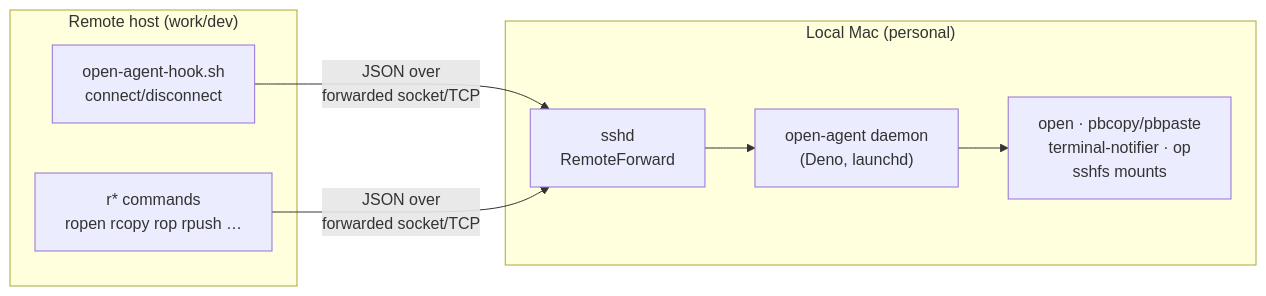
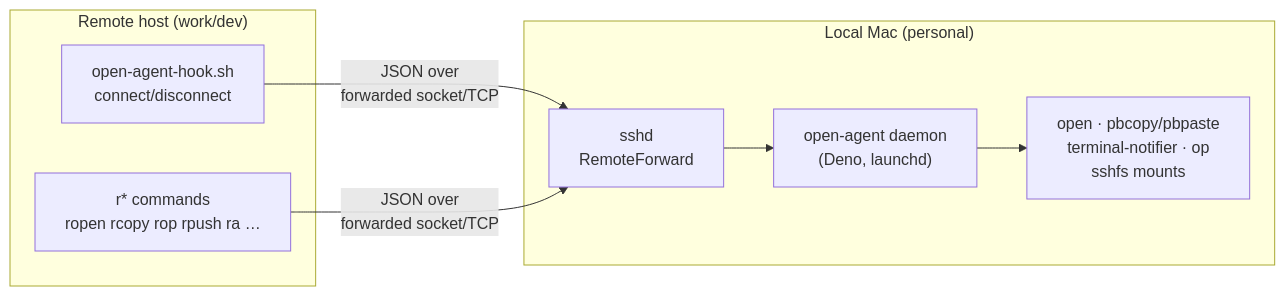
Before and after one commit to tlockney/open-agent: the first of 3 diagrams in docs/architecture.md, drawn with Mermaid. The commit also changed other lines of this file and 1 other file, not shown here.

First line of the commit message:
docs: correct architecture reference against the current code

````diff
--- a/docs/architecture.md
+++ b/docs/architecture.md
@@ -28,18 +34,18 @@
 ```mermaid
 flowchart LR
     subgraph remote["Remote host (work/dev)"]
         hook["open-agent-hook.sh<br/>connect/disconnect"]
-        rstar["r* commands<br/>ropen rcopy rop rpush …"]
+        rstar["r* commands<br/>ropen rcopy rop rpush ra …"]
     end
 
     subgraph local["Local Mac (personal)"]
         sshd["sshd<br/>RemoteForward"]
         daemon["open-agent daemon<br/>(Deno, launchd)"]
         actions["open · pbcopy/pbpaste<br/>terminal-notifier · op<br/>sshfs mounts"]
     end
 
     hook -->|"JSON over<br/>forwarded socket/TCP"| sshd
     rstar -->|"JSON over<br/>forwarded socket/TCP"| sshd
     sshd --> daemon
     daemon --> actions
 ```
````
